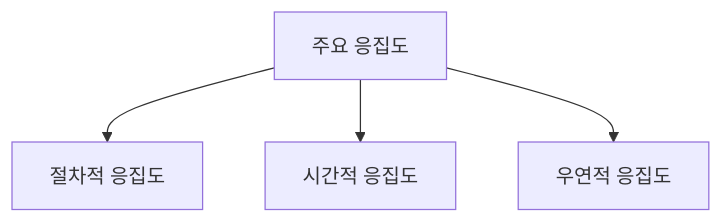
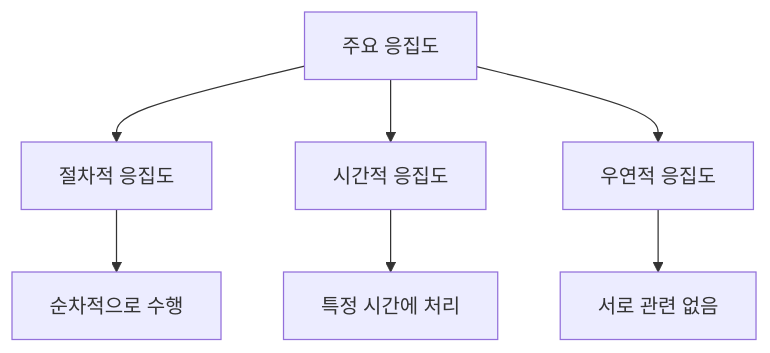
The first of 8 diagrams in 정보처리기사/1과목 소프트웨어 설계/043 주요 응집도/043 주요 응집도.md (nes0903/study), drawn with Mermaid before and after one commit. The commit also changed other lines of this file and 318 other files, not shown here.

````diff
--- a/정보처리기사/1과목 소프트웨어 설계/043 주요 응집도/043 주요 응집도.md
+++ b/정보처리기사/1과목 소프트웨어 설계/043 주요 응집도/043 주요 응집도.md
@@ -13,7 +14,10 @@
 ```mermaid
 flowchart TD
     A["주요 응집도"]
-    A --> N1["절차적 응집도"]
-    A --> N2["시간적 응집도"]
-    A --> N3["우연적 응집도"]
+    A --> B["절차적 응집도"]
+    A --> C["시간적 응집도"]
+    A --> D["우연적 응집도"]
+    B --> B1["순차적으로 수행"]
+    C --> C1["특정 시간에 처리"]
+    D --> D1["서로 관련 없음"]
 ```
````
